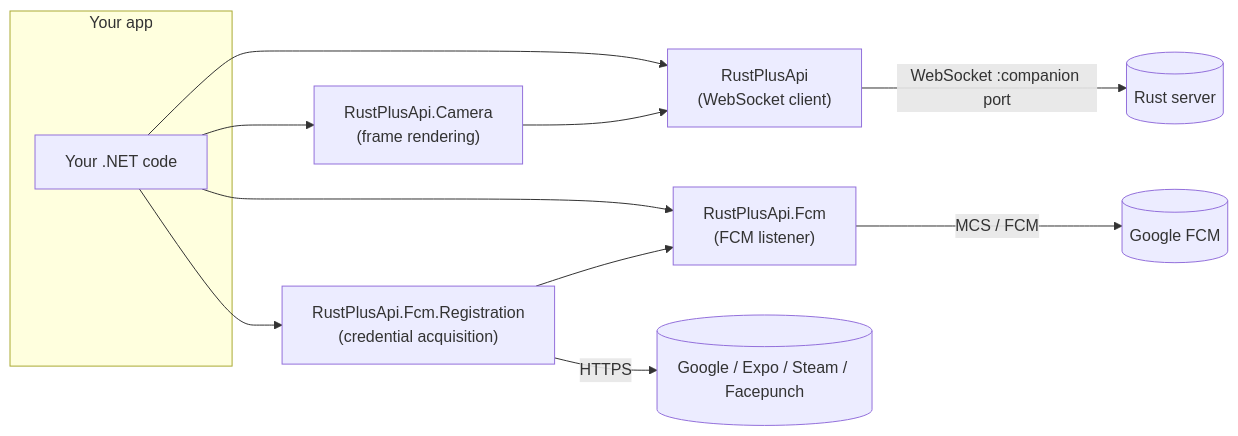
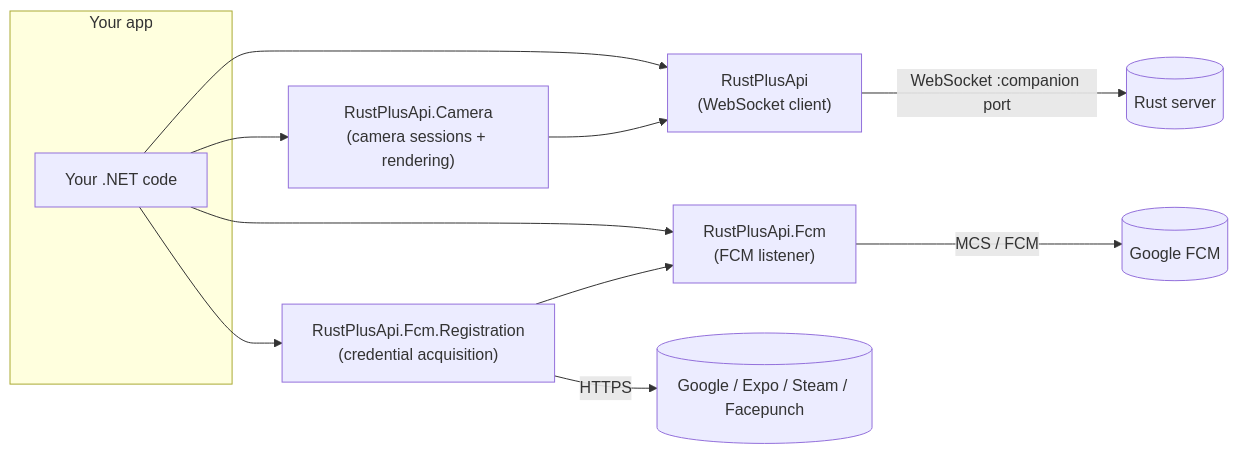
One commit to HandyS11/RustPlusApi changed the diagram in docs/articles/introduction.md. Above: the diagram before and after it, drawn with Mermaid. The commit also changed other lines of this file and 7 other files, not shown here.

````diff
--- a/docs/articles/introduction.md
+++ b/docs/articles/introduction.md
@@ -23,15 +23,15 @@
 ```mermaid
 graph LR
     subgraph Your app
         A[Your .NET code]
     end
     A --> Core["RustPlusApi<br/>(WebSocket client)"]
     A --> Fcm["RustPlusApi.Fcm<br/>(FCM listener)"]
     A --> Reg["RustPlusApi.Fcm.Registration<br/>(credential acquisition)"]
-    A --> Cam["RustPlusApi.Camera<br/>(frame rendering)"]
+    A --> Cam["RustPlusApi.Camera<br/>(camera sessions + rendering)"]
     Reg --> Fcm
     Cam --> Core
     Core -- "WebSocket :companion port" --> S[(Rust server)]
     Fcm -- "MCS / FCM" --> G[(Google FCM)]
     Reg -- "HTTPS" --> X[(Google / Expo / Steam / Facepunch)]
 ```
````
